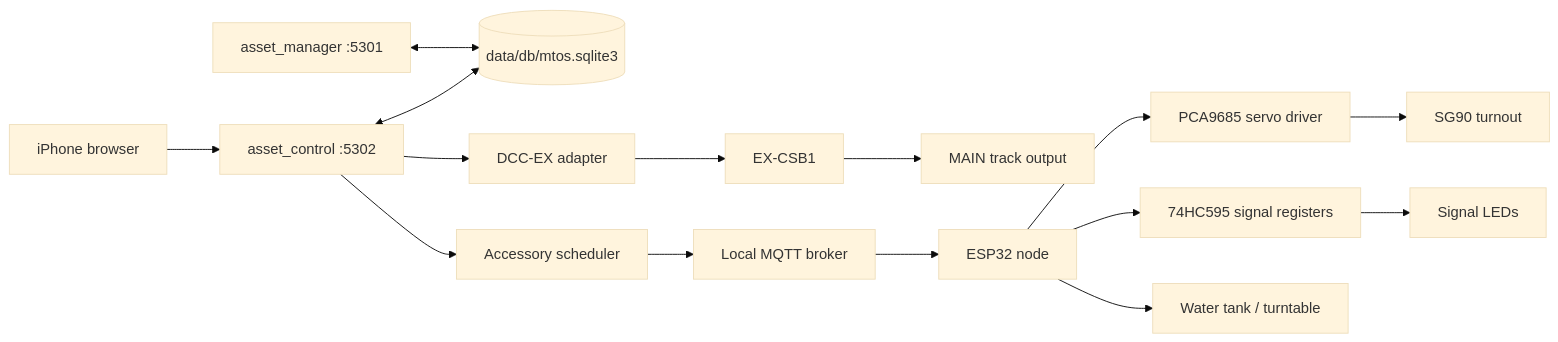
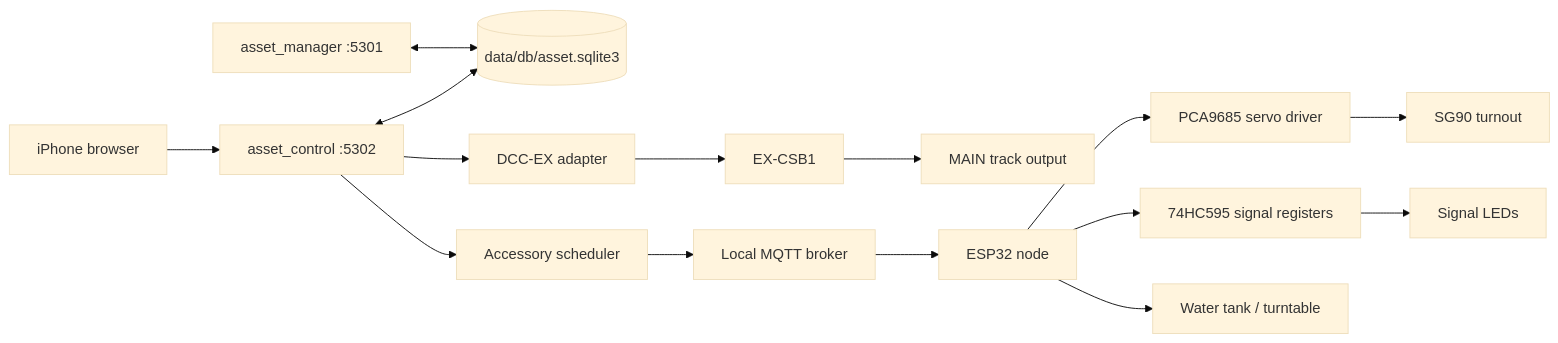
Before and after one commit to snehasiss/mtos: the first of 3 diagrams in docs/architecture/asset-control-pre-design.md, drawn with Mermaid (base theme). The commit also changed other lines of this file and 11 other files, not shown here.

````diff
--- a/docs/architecture/asset-control-pre-design.md
+++ b/docs/architecture/asset-control-pre-design.md
@@ -63,27 +64,27 @@
 ```mermaid
 flowchart LR
     Phone[iPhone browser]
     Control[asset_control :5302]
     Manager[asset_manager :5301]
-    DB[(data/db/mtos.sqlite3)]
+    DB[(data/db/asset.sqlite3)]
     Serial[DCC-EX adapter]
     CSB[EX-CSB1]
     Main[MAIN track output]
     Queue[Accessory scheduler]
     MQTT[Local MQTT broker]
     Node[ESP32 node]
     PWM[PCA9685 servo driver]
     Shift[74HC595 signal registers]
     Turnout[SG90 turnout]
     Signal[Signal LEDs]
     Machine[Water tank / turntable]
 
     Phone --> Control
     Manager <--> DB
     Control <--> DB
     Control --> Serial --> CSB --> Main
     Control --> Queue --> MQTT --> Node
     Node --> PWM --> Turnout
     Node --> Shift --> Signal
     Node --> Machine
 ```
````
